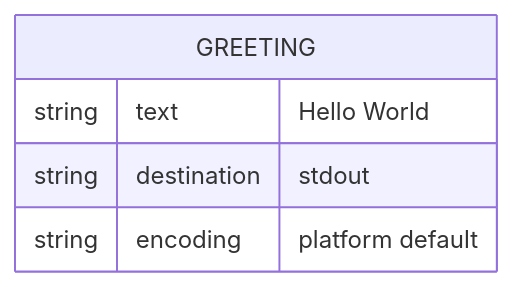
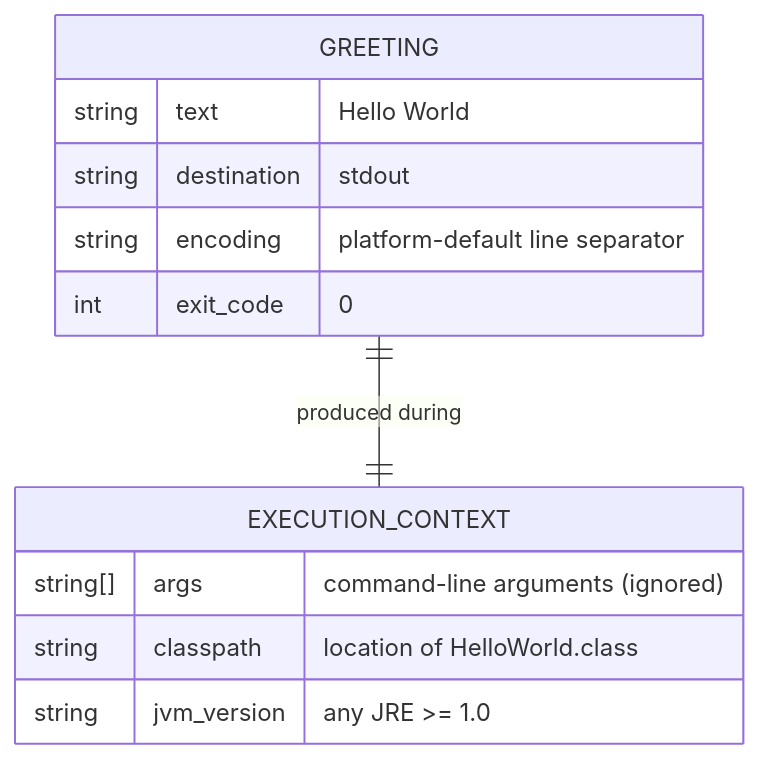
One commit to ktruchcz/copilot-test-ktruchcz changed diagram 16 of 20 in arc42-documentation.md. Above: the diagram before and after it, drawn with Mermaid. The commit also changed other lines of this file, not shown here.

First line of the commit message:
Update arc42-documentation.md to v1.1.0 with enhanced content and new diagrams

````diff
--- a/arc42-documentation.md
+++ b/arc42-documentation.md
@@ -438,8 +621,17 @@
 ```mermaid
 erDiagram
     GREETING {
         string text "Hello World"
         string destination "stdout"
-        string encoding "platform default"
+        string encoding "platform-default line separator"
+        int exit_code "0"
     }
+
+    EXECUTION_CONTEXT {
+        string[] args "command-line arguments (ignored)"
+        string classpath "location of HelloWorld.class"
+        string jvm_version "any JRE >= 1.0"
+    }
+
+    GREETING ||--|| EXECUTION_CONTEXT : "produced during"
 ```
````
